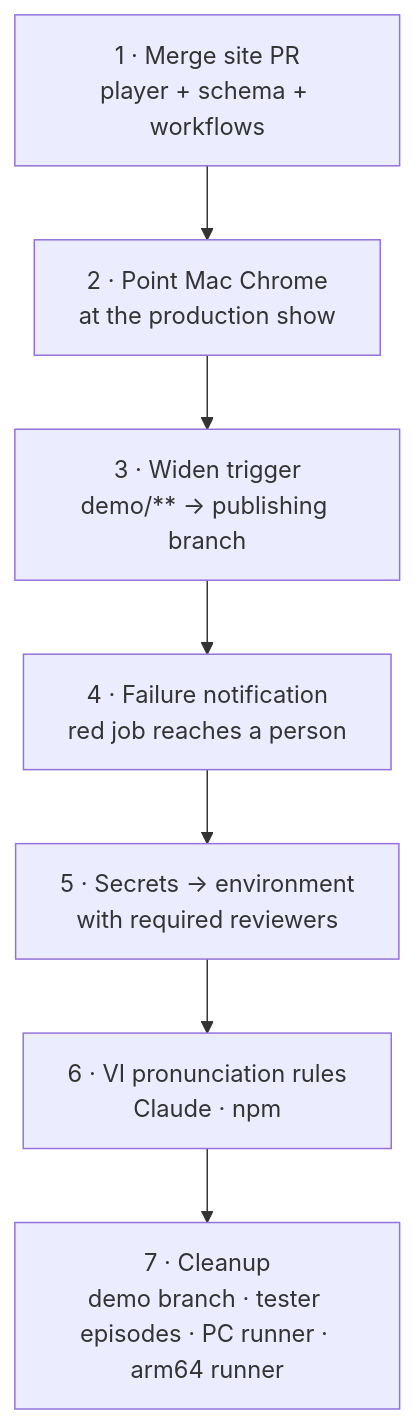
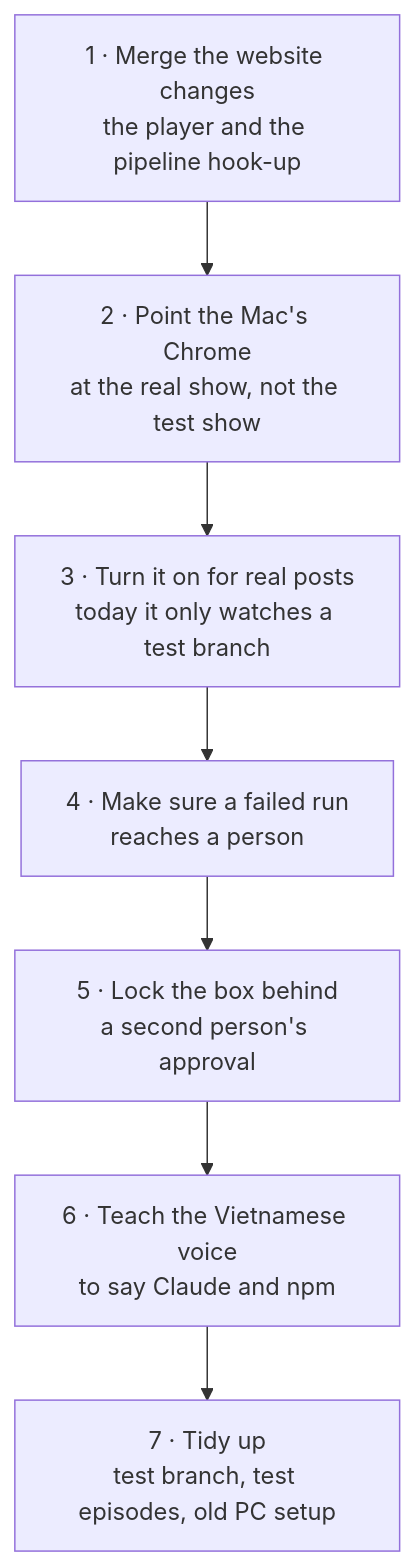
Diagram 12 of 12 in docs/00-overview.md (Matcry12/shipwithai-podcast-plugin), drawn with Mermaid before and after one commit. The commit also changed other lines of this file, not shown here.

````diff
--- a/docs/00-overview.md
+++ b/docs/00-overview.md
@@ -392,9 +375,9 @@
 ```mermaid
 flowchart TD
-    A[1 · Merge site PR<br/>player + schema + workflows] --> B[2 · Point Mac Chrome<br/>at the production show]
-    B --> C[3 · Widen trigger<br/>demo/** → publishing branch]
-    C --> D[4 · Failure notification<br/>red job reaches a person]
-    D --> E[5 · Secrets → environment<br/>with required reviewers]
-    E --> F[6 · VI pronunciation rules<br/>Claude · npm]
-    F --> G[7 · Cleanup<br/>demo branch · tester episodes · PC runner · arm64 runner]
+    A[1 · Merge the website changes<br/>the player and the pipeline hook-up] --> B[2 · Point the Mac's Chrome<br/>at the real show, not the test show]
+    B --> C[3 · Turn it on for real posts<br/>today it only watches a test branch]
+    C --> D[4 · Make sure a failed run<br/>reaches a person]
+    D --> E[5 · Lock the box behind<br/>a second person's approval]
+    E --> F[6 · Teach the Vietnamese voice<br/>to say Claude and npm]
+    F --> G[7 · Tidy up<br/>test branch, test episodes, old PC setup]
 ```
````
